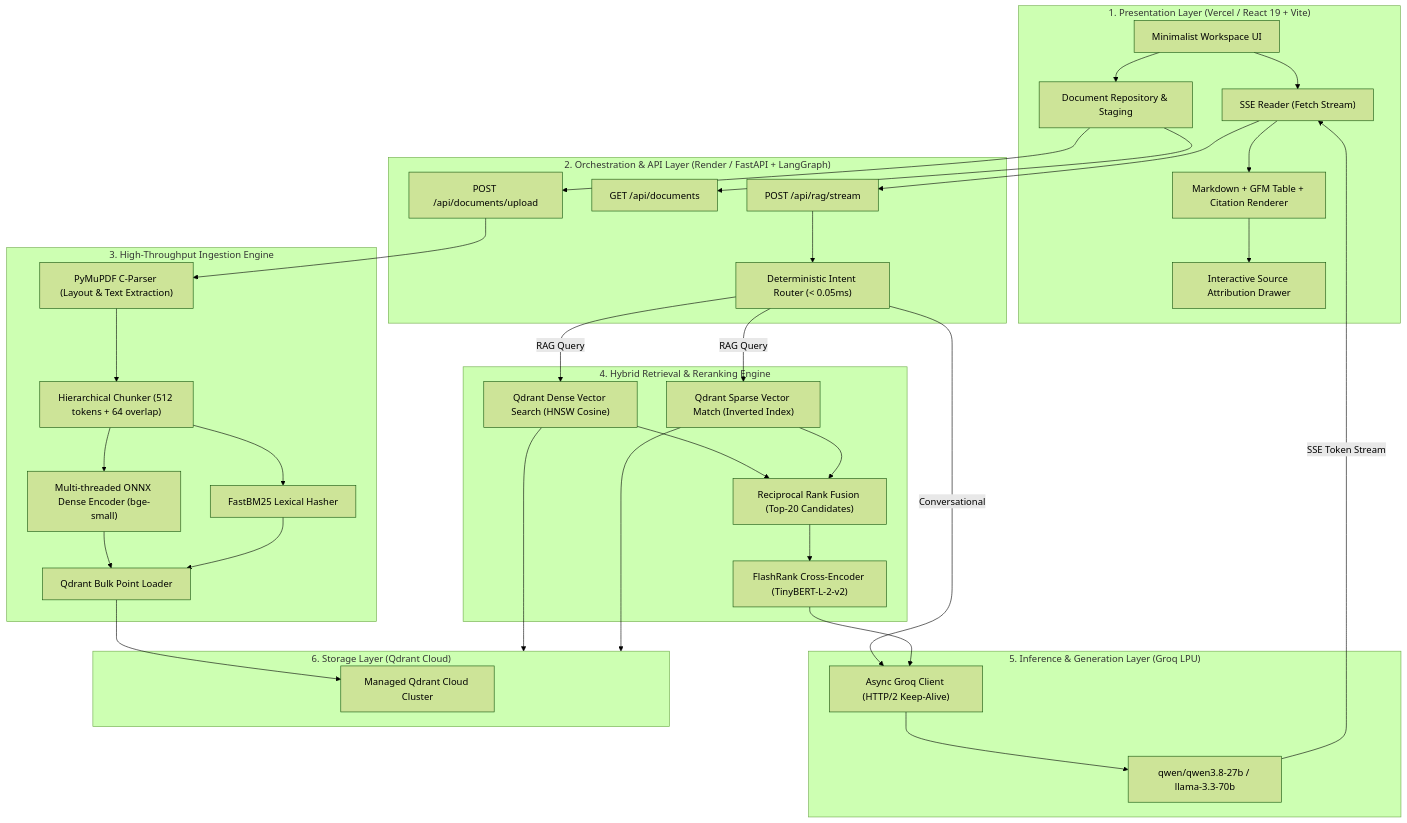
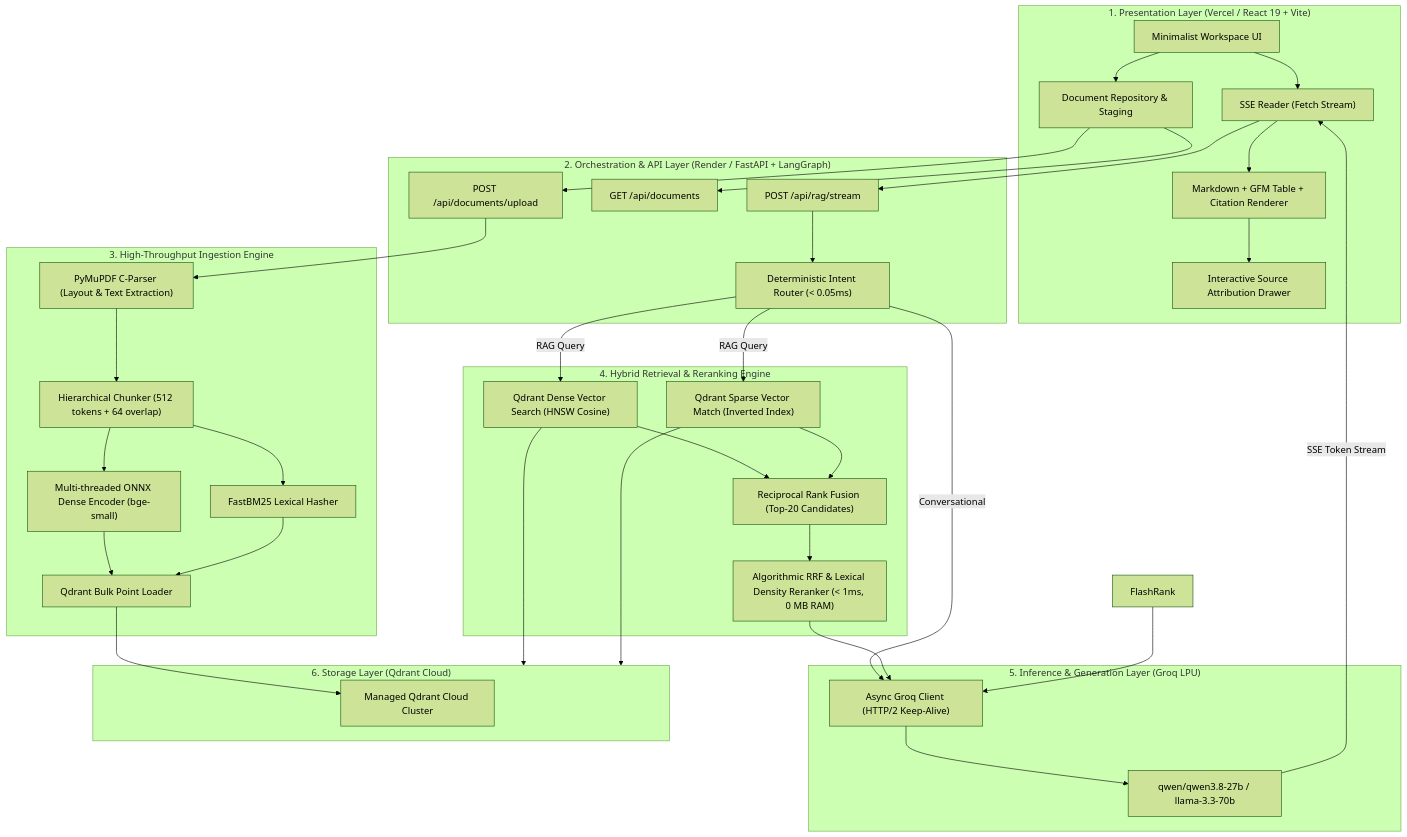
The diagram in README.md (Sathwik1701/FLASH-RAG-ENTERPRISE), drawn with Mermaid (forest theme) before and after one commit. The commit also changed other lines of this file and 6 other files, not shown here.

Commit message:
feat(reranker): replace heavy neural cross-encoder with zero-memory algorithmic RRF + lexical score fusion

````diff
--- a/README.md
+++ b/README.md
@@ -57,67 +57,68 @@
 ```mermaid
 flowchart TD
     subgraph ClientLayer ["1. Presentation Layer (Vercel / React 19 + Vite)"]
         UI["Minimalist Workspace UI"]
         DocManager["Document Repository & Staging"]
         StreamReader["SSE Reader (Fetch Stream)"]
         MarkdownView["Markdown + GFM Table + Citation Renderer"]
         CitationDrawer["Interactive Source Attribution Drawer"]
     end
 
     subgraph APILayer ["2. Orchestration & API Layer (Render / FastAPI + LangGraph)"]
         UploadEndpoint["POST /api/documents/upload"]
         DocListEndpoint["GET /api/documents"]
         StreamEndpoint["POST /api/rag/stream"]
         RouterNode["Deterministic Intent Router (< 0.05ms)"]
     end
 
     subgraph IngestionPipeline ["3. High-Throughput Ingestion Engine"]
         MuPDF["PyMuPDF C-Parser (Layout & Text Extraction)"]
         Chunker["Hierarchical Chunker (512 tokens + 64 overlap)"]
         DenseEmbed["Multi-threaded ONNX Dense Encoder (bge-small)"]
         SparseEmbed["FastBM25 Lexical Hasher"]
         QdrantBatcher["Qdrant Bulk Point Loader"]
     end
 
     subgraph RetrievalEngine ["4. Hybrid Retrieval & Reranking Engine"]
         DenseSearch["Qdrant Dense Vector Search (HNSW Cosine)"]
         SparseSearch["Qdrant Sparse Vector Match (Inverted Index)"]
         RRF["Reciprocal Rank Fusion (Top-20 Candidates)"]
-        FlashRank["FlashRank Cross-Encoder (TinyBERT-L-2-v2)"]
+        RRFReranker["Algorithmic RRF & Lexical Density Reranker (< 1ms, 0 MB RAM)"]
     end
 
     subgraph LLMLayer ["5. Inference & Generation Layer (Groq LPU)"]
         GroqClient["Async Groq Client (HTTP/2 Keep-Alive)"]
         GroqModel["qwen/qwen3.8-27b / llama-3.3-70b"]
     end
 
     subgraph StorageLayer ["6. Storage Layer (Qdrant Cloud)"]
         QdrantCloud["Managed Qdrant Cloud Cluster"]
     end
 
     UI --> DocManager
     UI --> StreamReader
     DocManager --> UploadEndpoint
     DocManager --> DocListEndpoint
     StreamReader --> StreamEndpoint
 
     UploadEndpoint --> MuPDF
     MuPDF --> Chunker
     Chunker --> DenseEmbed
     Chunker --> SparseEmbed
     DenseEmbed & SparseEmbed --> QdrantBatcher
     QdrantBatcher --> QdrantCloud
 
     StreamEndpoint --> RouterNode
     RouterNode -->|Conversational| GroqClient
     RouterNode -->|RAG Query| DenseSearch & SparseSearch
     DenseSearch & SparseSearch --> StorageLayer
     DenseSearch & SparseSearch --> RRF
-    RRF --> FlashRank
+    RRF --> RRFReranker
+    RRFReranker --> GroqClient
     FlashRank --> GroqClient
 
     GroqClient --> GroqModel
     GroqModel -->|SSE Token Stream| StreamReader
     StreamReader --> MarkdownView
     MarkdownView --> CitationDrawer
 ```
````
